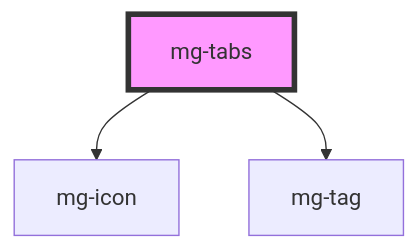
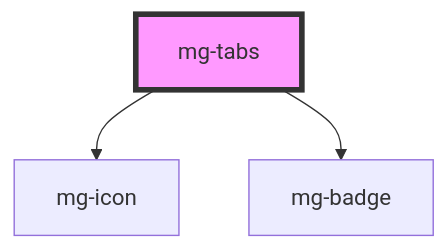
The diagram in src/components/molecules/mg-tabs/readme.md (MGDIS/mg-components), drawn with Mermaid before and after one commit. The commit also changed other lines of this file and 38 other files, not shown here.

````diff
--- a/src/components/molecules/mg-tabs/readme.md
+++ b/src/components/molecules/mg-tabs/readme.md
@@ -24,6 +24,6 @@
 ```mermaid
 graph TD;
   mg-tabs --> mg-icon
-  mg-tabs --> mg-tag
+  mg-tabs --> mg-badge
   style mg-tabs fill:#f9f,stroke:#333,stroke-width:4px
 ```
````
